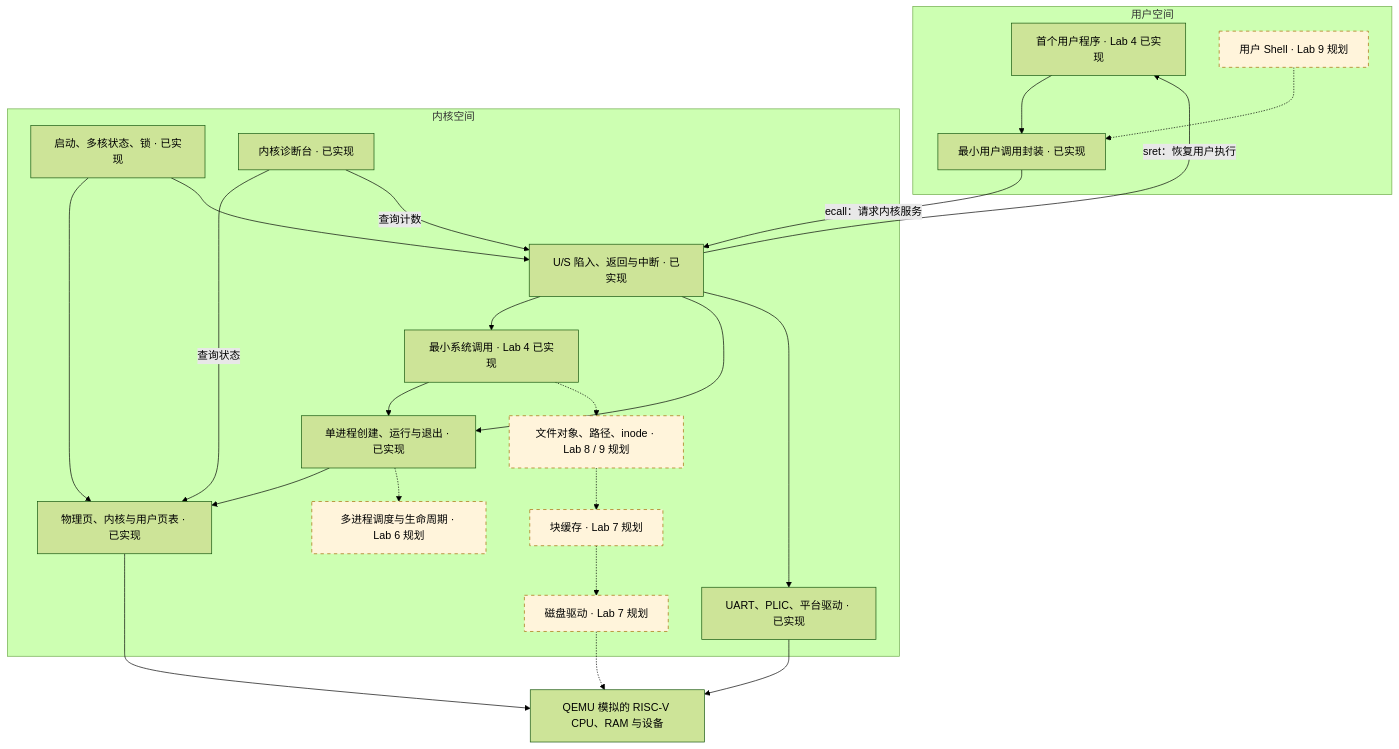
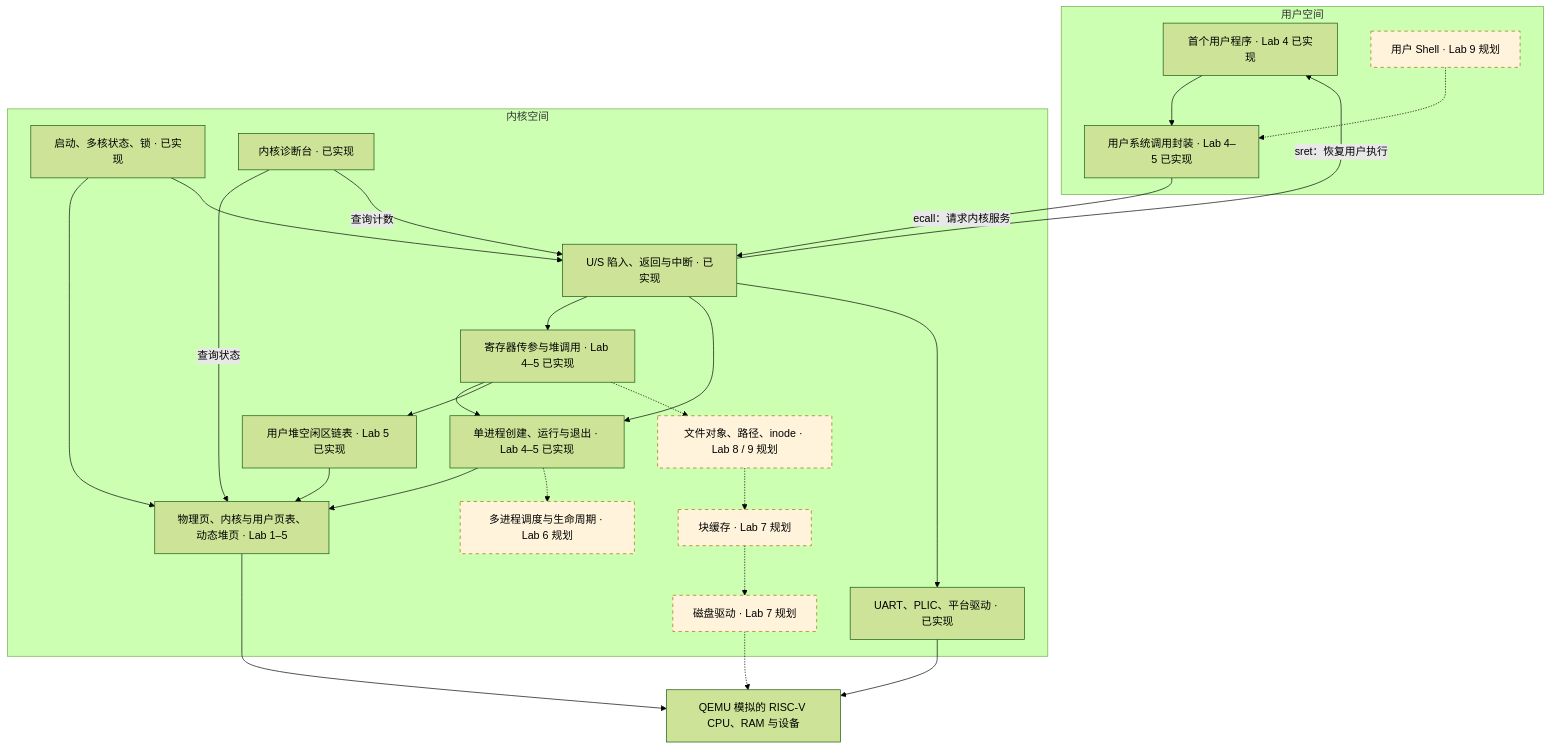
One commit to 3582800976-netizen/PugeZhangOS changed the diagram in ARCHITECTURE.md. Above: the diagram before and after it, drawn with Mermaid (forest theme). The commit also changed other lines of this file and 74 other files, not shown here.

Commit message:
feat(lab5): add user heap and syscall support

````diff
--- a/ARCHITECTURE.md
+++ b/ARCHITECTURE.md
@@ -9,44 +9,47 @@
 ```mermaid
 flowchart TB
     subgraph userspace["用户空间"]
         APP["首个用户程序 · Lab 4 已实现"]
         SHELL["用户 Shell · Lab 9 规划"]
-        ULIB["最小用户调用封装 · 已实现"]
+        ULIB["用户系统调用封装 · Lab 4–5 已实现"]
         SHELL -.-> ULIB
         APP --> ULIB
     end
     subgraph kernelspace["内核空间"]
-        SYSCALL["最小系统调用 · Lab 4 已实现"]
-        PROC["单进程创建、运行与退出 · 已实现"]
+        SYSCALL["寄存器传参与堆调用 · Lab 4–5 已实现"]
+        HEAP["用户堆空闲区链表 · Lab 5 已实现"]
+        PROC["单进程创建、运行与退出 · Lab 4–5 已实现"]
         SCHED["多进程调度与生命周期 · Lab 6 规划"]
         FS["文件对象、路径、inode · Lab 8 / 9 规划"]
         BLOCK["块缓存 · Lab 7 规划"]
-        MM["物理页、内核与用户页表 · 已实现"]
+        MM["物理页、内核与用户页表、动态堆页 · Lab 1–5"]
         TRAP["U/S 陷入、返回与中断 · 已实现"]
         DRIVER["UART、PLIC、平台驱动 · 已实现"]
         DISK["磁盘驱动 · Lab 7 规划"]
         CORE["启动、多核状态、锁 · 已实现"]
         MON["内核诊断台 · 已实现"]
     end
     HW["QEMU 模拟的 RISC-V CPU、RAM 与设备"]
     ULIB -->|"ecall：请求内核服务"| TRAP
     TRAP --> SYSCALL
     SYSCALL --> PROC
+    SYSCALL --> HEAP
+    HEAP --> MM
     SYSCALL -.-> FS
     PROC --> MM
     PROC -.-> SCHED
     TRAP -->|"sret：恢复用户执行"| APP
     TRAP --> PROC
     FS -.-> BLOCK
     BLOCK -.-> DISK
     TRAP --> DRIVER
     DRIVER --> HW
     DISK -.-> HW
     MM --> HW
     CORE --> MM
     CORE --> TRAP
     MON -->|"查询状态"| MM
     MON -->|"查询计数"| TRAP
     classDef planned fill:#fff4db,stroke:#a66a00,stroke-dasharray:5 5;
     class SHELL,SCHED,FS,BLOCK,DISK planned;
 ```
````
